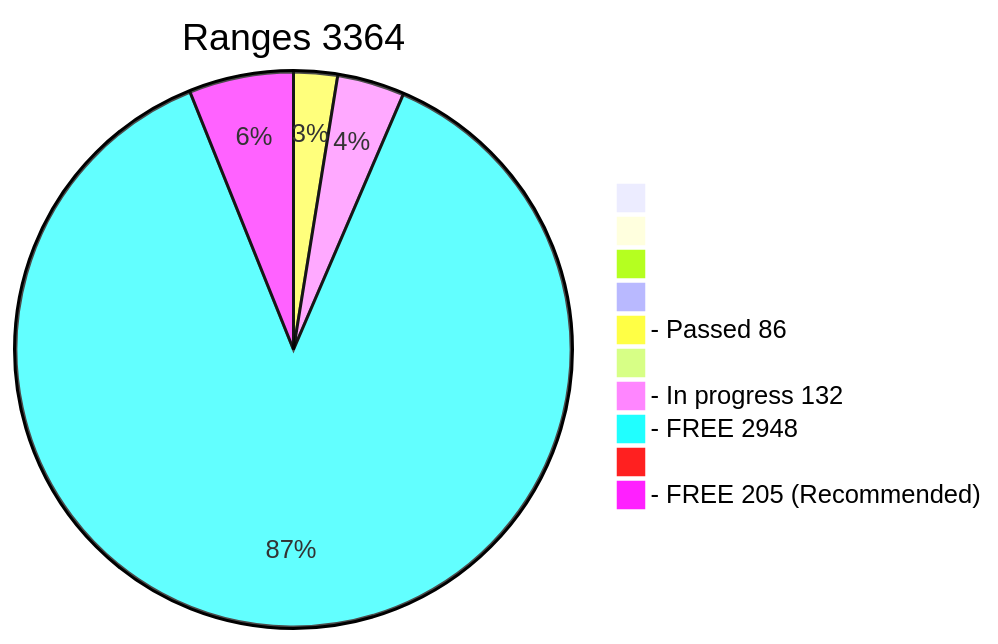
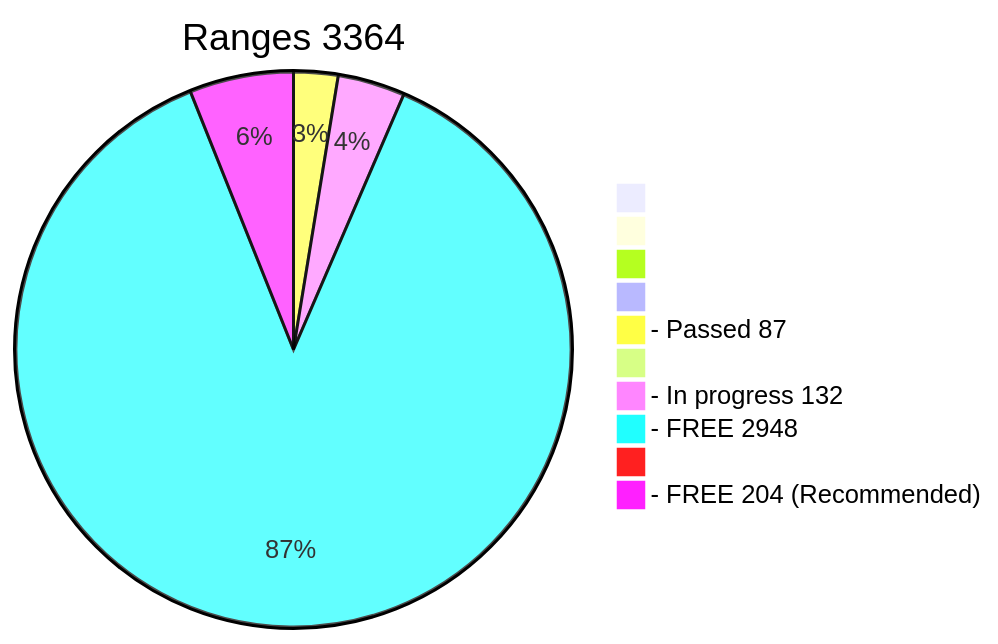
The diagram in x64/Release/table.md (phrutis/wif500), drawn with Mermaid before and after one commit. The commit also changed other lines of this file, not shown here.

````diff
--- a/x64/Release/table.md
+++ b/x64/Release/table.md
@@ -3,13 +3,13 @@
 ```mermaid
 pie title Ranges 3364
   " " : 0
   "  " : 0
   "   " : 0
   "    " : 0
-  "- Passed 86" : 86
+  "- Passed 87" : 87
   "     " : 0
   "- In progress 132" : 132
   "- FREE 2948" : 2948
   "      " : 0
-  "- FREE 205 (Recommended)" : 205
+  "- FREE 204 (Recommended)" : 204
 ```
````
